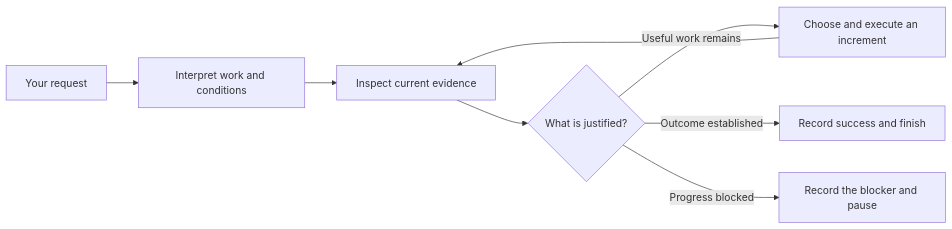
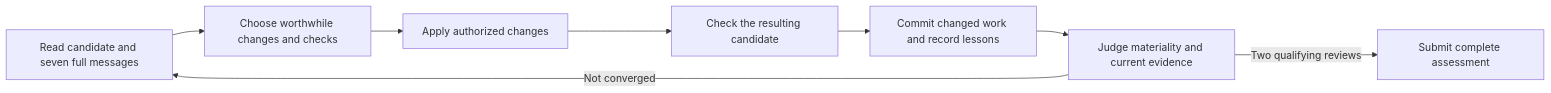
Before and after one commit to whichguy/until-loop: the second of 5 diagrams in README.md, drawn with Mermaid. The commit also changed other lines of this file and 49 other files, not shown here.

````diff
--- a/README.md
+++ b/README.md
@@ -3,10 +102,10 @@
 ```mermaid
 flowchart LR
-    Request[Your request] --> Interpret[Interpret work and conditions]
-    Interpret --> Inspect[Inspect current evidence]
-    Inspect --> Decide{What is justified?}
-    Decide -->|Useful work remains| Act[Choose and execute an increment]
-    Act --> Inspect
-    Decide -->|Outcome established| Finish[Record success and finish]
-    Decide -->|Progress blocked| Pause[Record the blocker and pause]
+    Inspect[Read candidate and seven full messages] --> Plan[Choose worthwhile changes and checks]
+    Plan --> Apply[Apply authorized changes]
+    Apply --> Check[Check the resulting candidate]
+    Check --> Record[Commit changed work and record lessons]
+    Record --> Judge[Judge materiality and current evidence]
+    Judge -->|Not converged| Inspect
+    Judge -->|Two qualifying reviews| Finish[Submit complete assessment]
 ```
````
